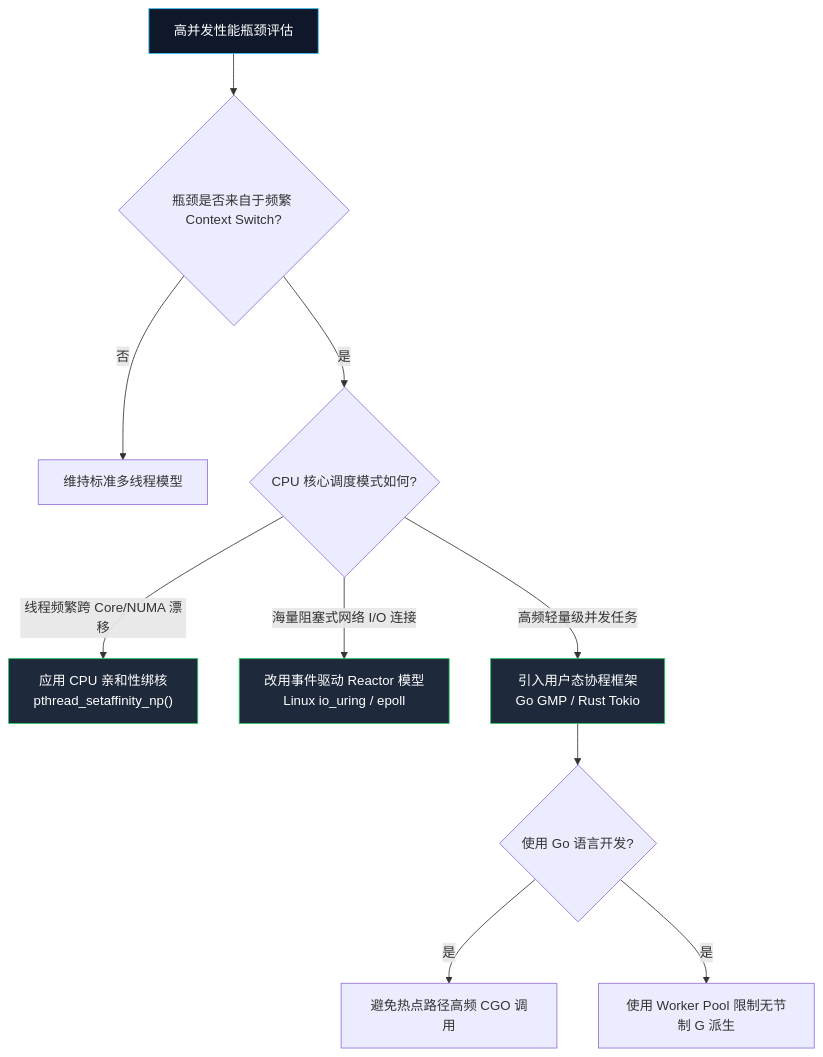
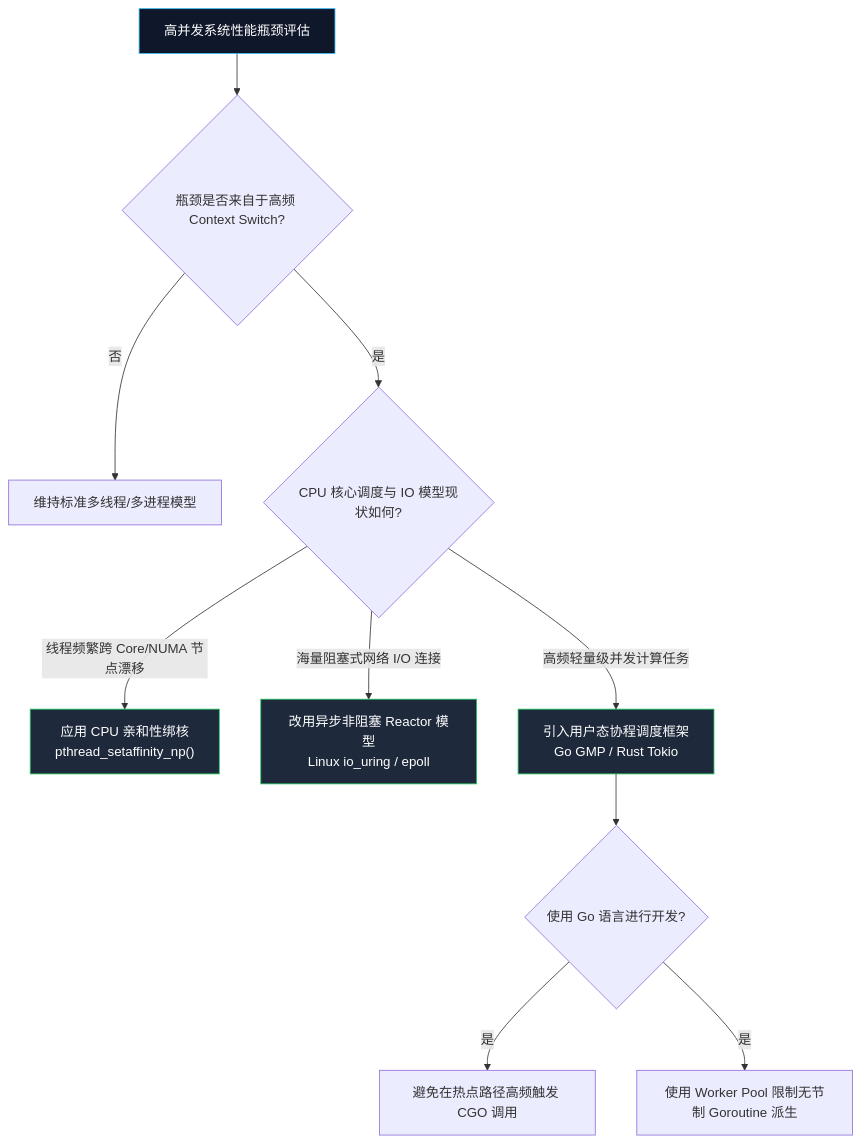
Before and after one commit to MoreConsequence/MoreConsequence.github.io: the eighth of 8 diagrams in content/posts/understanding-context-switching-from-cpu-to-goroutines.md, drawn with Mermaid. The commit also changed other lines of this file and 1 other file, not shown here.

Commit message:
docs(blog): 补全上下文切换深度长文推导、原理文字解析与文章图片 CSS 居中限宽样式

````diff
--- a/content/posts/understanding-context-switching-from-cpu-to-goroutines.md
+++ b/content/posts/understanding-context-switching-from-cpu-to-goroutines.md
@@ -299,20 +380,20 @@
 ```mermaid
 flowchart TD
-    Start["高并发性能瓶颈评估"] --> Q1{"瓶颈是否来自于频繁 Context Switch?"}
+    Start["高并发系统性能瓶颈评估"] --> Q1{"瓶颈是否来自于高频 Context Switch?"}
 
-    Q1 -- "否" --> Normal["维持标准多线程模型"]
-    Q1 -- "是" --> Q2{"CPU 核心调度模式如何?"}
+    Q1 -- "否" --> Normal["维持标准多线程/多进程模型"]
+    Q1 -- "是" --> Q2{"CPU 核心调度与 IO 模型现状如何?"}
 
-    Q2 -- "线程频繁跨 Core/NUMA 漂移" --> Opt1["应用 CPU 亲和性绑核<br/>pthread_setaffinity_np()"]
-    Q2 -- "海量阻塞式网络 I/O 连接" --> Opt2["改用事件驱动 Reactor 模型<br/>Linux io_uring / epoll"]
-    Q2 -- "高频轻量级并发任务" --> Opt3["引入用户态协程框架<br/>Go GMP / Rust Tokio"]
+    Q2 -- "线程频繁跨 Core/NUMA 节点漂移" --> Opt1["应用 CPU 亲和性绑核<br/>pthread_setaffinity_np()"]
+    Q2 -- "海量阻塞式网络 I/O 连接" --> Opt2["改用异步非阻塞 Reactor 模型<br/>Linux io_uring / epoll"]
+    Q2 -- "高频轻量级并发计算任务" --> Opt3["引入用户态协程调度框架<br/>Go GMP / Rust Tokio"]
 
-    Opt3 --> CheckGo{"使用 Go 语言开发?"}
-    CheckGo -- "是" --> GoRule1["避免热点路径高频 CGO 调用"]
-    CheckGo -- "是" --> GoRule2["使用 Worker Pool 限制无节制 G 派生"]
+    Opt3 --> CheckGo{"使用 Go 语言进行开发?"}
+    CheckGo -- "是" --> GoRule1["避免在热点路径高频触发 CGO 调用"]
+    CheckGo -- "是" --> GoRule2["使用 Worker Pool 限制无节制 Goroutine 派生"]
 
     style Start fill:#0f172a,stroke:#38bdf8,color:#fff
     style Opt1 fill:#1e293b,stroke:#22c55e,color:#fff
     style Opt2 fill:#1e293b,stroke:#22c55e,color:#fff
     style Opt3 fill:#1e293b,stroke:#22c55e,color:#fff
 ```
````
